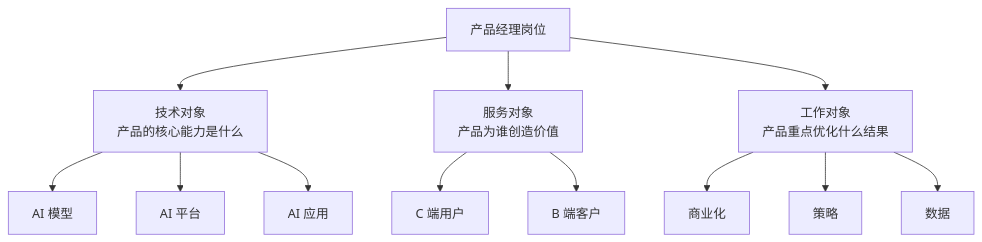
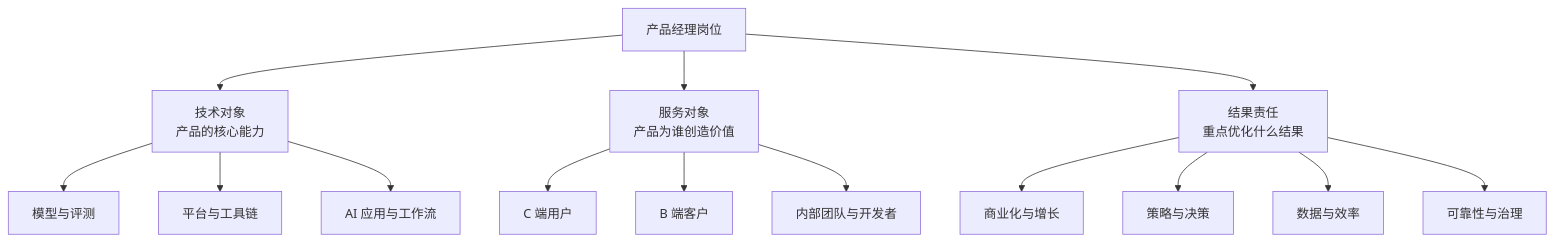
Before and after one commit to AI-PM-Wiki/AIPM: the first of 4 diagrams in docs/intro/product-manager-types.md, drawn with Mermaid. The commit also changed other lines of this file and 26 other files, not shown here.

````diff
--- a/docs/intro/product-manager-types.md
+++ b/docs/intro/product-manager-types.md
@@ -13,15 +13,17 @@
 ```mermaid
 flowchart TB
     pm[产品经理岗位]
-    pm --> tech[技术对象<br/>产品的核心能力是什么]
+    pm --> tech[技术对象<br/>产品的核心能力]
     pm --> users[服务对象<br/>产品为谁创造价值]
-    pm --> outcome[工作对象<br/>产品重点优化什么结果]
-    tech --> model[AI 模型]
-    tech --> platform[AI 平台]
-    tech --> app[AI 应用]
+    pm --> outcome[结果责任<br/>重点优化什么结果]
+    tech --> model[模型与评测]
+    tech --> platform[平台与工具链]
+    tech --> app[AI 应用与工作流]
     users --> c_user[C 端用户]
     users --> b_user[B 端客户]
-    outcome --> commercial[商业化]
-    outcome --> strategy[策略]
-    outcome --> data[数据]
+    users --> internal[内部团队与开发者]
+    outcome --> commercial[商业化与增长]
+    outcome --> strategy[策略与决策]
+    outcome --> data[数据与效率]
+    outcome --> reliability[可靠性与治理]
 ```
````
